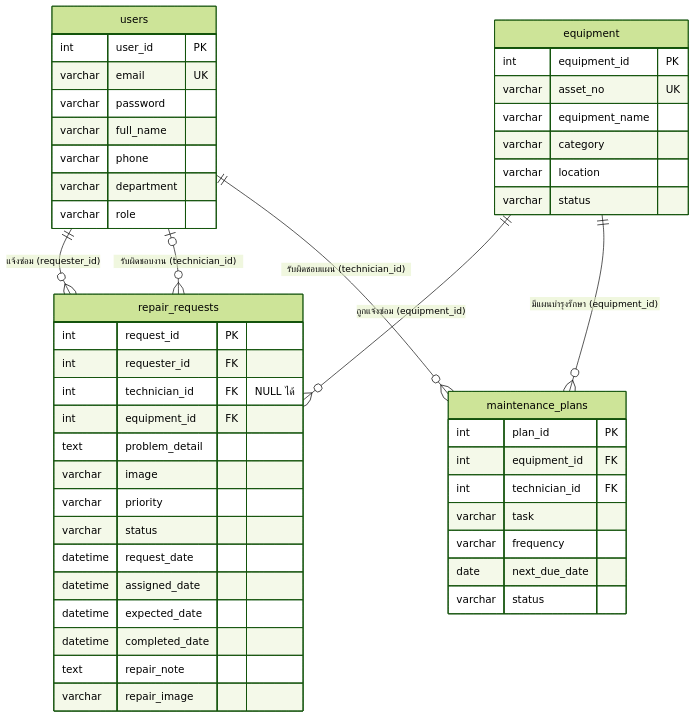
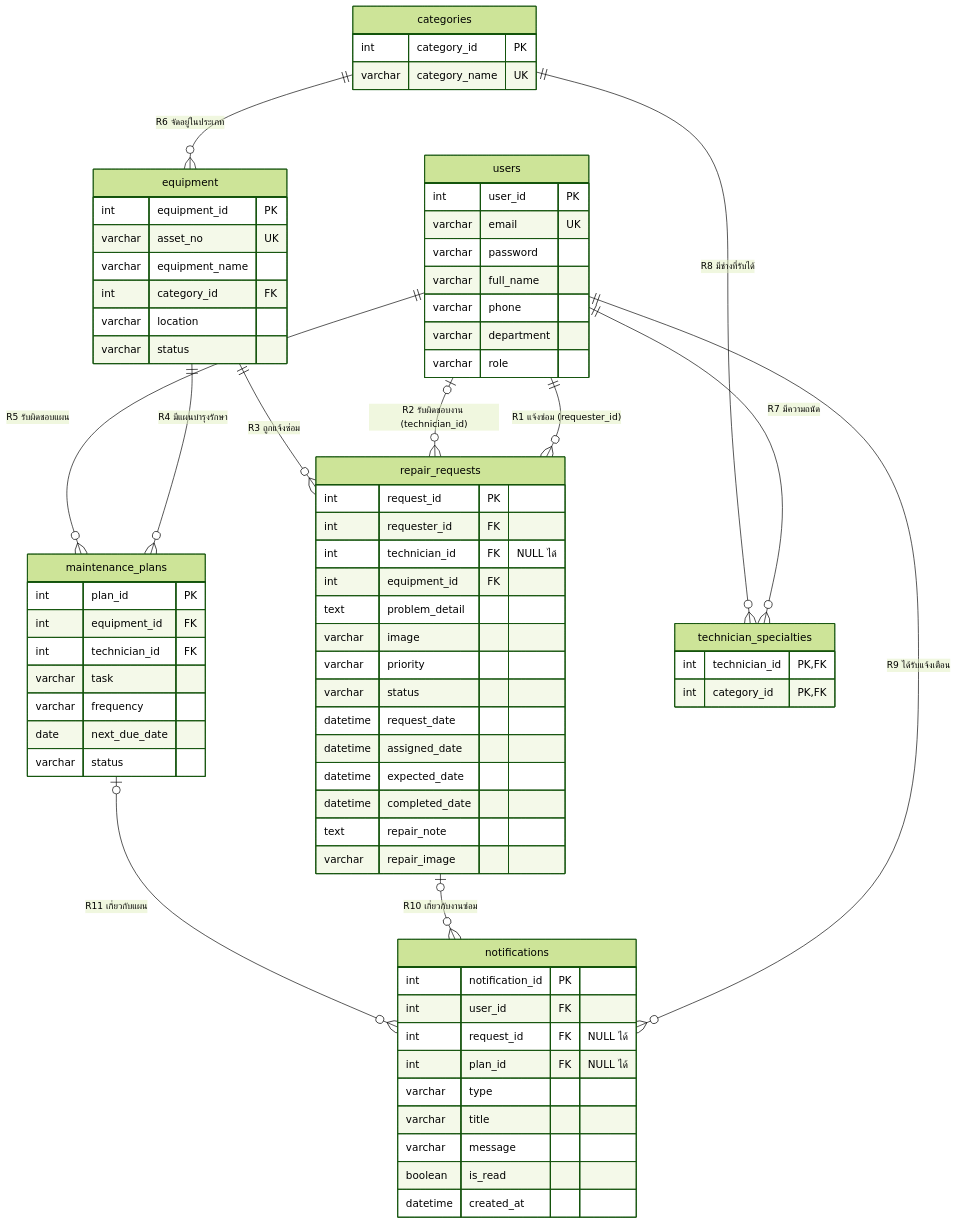
One commit to novterss/Repair-Center-Rangsit-University-RSU- changed the first of 2 diagrams in ERD_DOCUMENTATION.md. Above: the diagram before and after it, drawn with Mermaid (forest theme). The commit also changed other lines of this file and 11 other files, not shown here.

````diff
--- a/ERD_DOCUMENTATION.md
+++ b/ERD_DOCUMENTATION.md
@@ -39,51 +48,76 @@
 ```mermaid
 erDiagram
-    users ||--o{ repair_requests : "แจ้งซ่อม (requester_id)"
-    users |o--o{ repair_requests : "รับผิดชอบงาน (technician_id)"
-    equipment ||--o{ repair_requests : "ถูกแจ้งซ่อม (equipment_id)"
-    equipment ||--o{ maintenance_plans : "มีแผนบำรุงรักษา (equipment_id)"
-    users ||--o{ maintenance_plans : "รับผิดชอบแผน (technician_id)"
+    users ||--o{ repair_requests : "R1 แจ้งซ่อม (requester_id)"
+    users |o--o{ repair_requests : "R2 รับผิดชอบงาน (technician_id)"
+    equipment ||--o{ repair_requests : "R3 ถูกแจ้งซ่อม"
+    equipment ||--o{ maintenance_plans : "R4 มีแผนบำรุงรักษา"
+    users ||--o{ maintenance_plans : "R5 รับผิดชอบแผน"
+    categories ||--o{ equipment : "R6 จัดอยู่ในประเภท"
+    users ||--o{ technician_specialties : "R7 มีความถนัด"
+    categories ||--o{ technician_specialties : "R8 มีช่างที่รับได้"
+    users ||--o{ notifications : "R9 ได้รับแจ้งเตือน"
+    repair_requests |o--o{ notifications : "R10 เกี่ยวกับงานซ่อม"
+    maintenance_plans |o--o{ notifications : "R11 เกี่ยวกับแผน"
 
     users {
         int user_id PK
         varchar email UK
         varchar password
         varchar full_name
         varchar phone
         varchar department
         varchar role
     }
+    categories {
+        int category_id PK
+        varchar category_name UK
+    }
+    technician_specialties {
+        int technician_id PK,FK
+        int category_id PK,FK
+    }
     equipment {
         int equipment_id PK
         varchar asset_no UK
         varchar equipment_name
-        varchar category
+        int category_id FK
         varchar location
         varchar status
     }
     repair_requests {
         int request_id PK
         int requester_id FK
         int technician_id FK "NULL ได้"
         int equipment_id FK
         text problem_detail
         varchar image
         varchar priority
         varchar status
         datetime request_date
         datetime assigned_date
         datetime expected_date
         datetime completed_date
         text repair_note
         varchar repair_image
     }
     maintenance_plans {
         int plan_id PK
         int equipment_id FK
         int technician_id FK
         varchar task
         varchar frequency
         date next_due_date
         varchar status
     }
+    notifications {
+        int notification_id PK
+        int user_id FK
+        int request_id FK "NULL ได้"
+        int plan_id FK "NULL ได้"
+        varchar type
+        varchar title
+        varchar message
+        boolean is_read
+        datetime created_at
+    }
 ```
````
